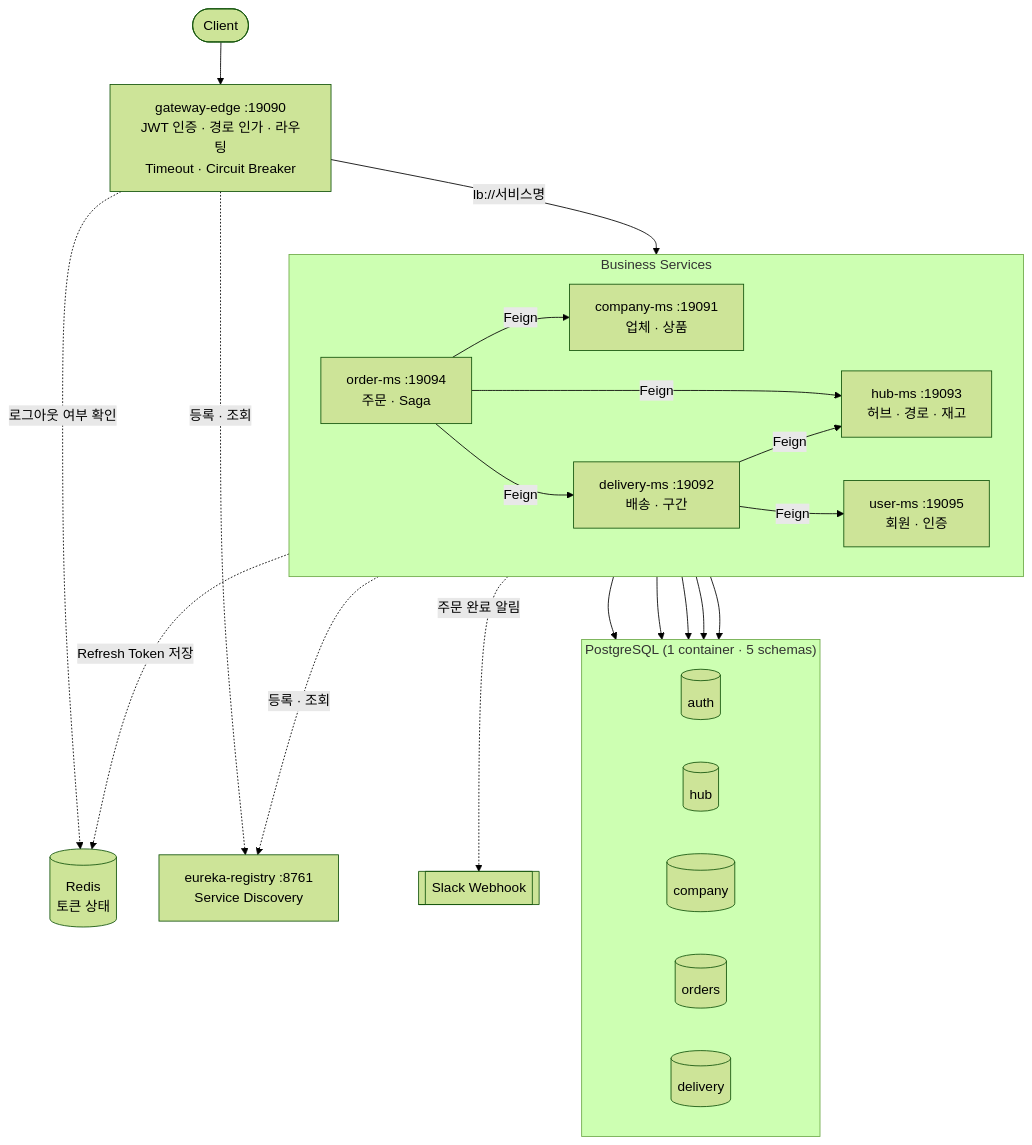
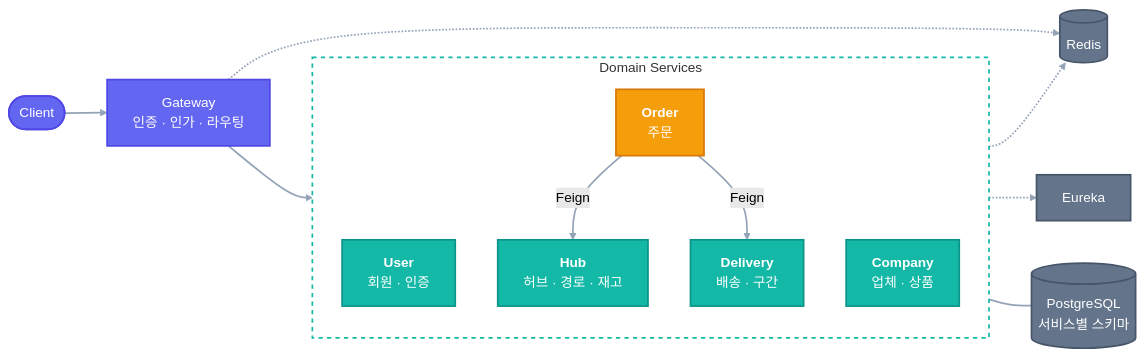
One commit to 01Commit10/sparta-logistics changed the first of 4 diagrams in README.md. Above: the diagram before and after it, drawn with Mermaid (forest theme). The commit also changed other lines of this file, not shown here.

First line of the commit message:
[DOCS] README: 제출용으로 전면 정리 (목적·역할·구성·실행·ERD·API)

````diff
--- a/README.md
+++ b/README.md
@@ -65,44 +71,35 @@
 ```mermaid
-flowchart TB
+flowchart LR
     client([Client])
-    slack[[Slack Webhook]]
+    gateway["Gateway<br/>인증 · 인가 · 라우팅"]
 
-    gateway["gateway-edge :19090<br/>JWT 인증 · 경로 인가 · 라우팅<br/>Timeout · Circuit Breaker"]
-    eureka["eureka-registry :8761<br/>Service Discovery"]
-    redis[("Redis<br/>토큰 상태")]
-
-    subgraph services["Business Services"]
-        direction LR
-        user["user-ms :19095<br/>회원 · 인증"]
-        hub["hub-ms :19093<br/>허브 · 경로 · 재고"]
-        company["company-ms :19091<br/>업체 · 상품"]
-        order["order-ms :19094<br/>주문 · Saga"]
-        delivery["delivery-ms :19092<br/>배송 · 구간"]
+    subgraph services["Domain Services"]
+        direction TB
+        user["<b>User</b><br/>회원 · 인증"]
+        company["<b>Company</b><br/>업체 · 상품"]
+        hub["<b>Hub</b><br/>허브 · 경로 · 재고"]
+        order["<b>Order</b><br/>주문"]
+        delivery["<b>Delivery</b><br/>배송 · 구간"]
     end
 
-    subgraph db["PostgreSQL (1 container · 5 schemas)"]
-        direction LR
-        s_auth[(auth)]
-        s_hub[(hub)]
-        s_company[(company)]
-        s_orders[(orders)]
-        s_delivery[(delivery)]
-    end
+    eureka["Eureka"]
+    redis[("Redis")]
+    db[("PostgreSQL<br/>서비스별 스키마")]
 
-    client --> gateway
-    gateway -- "lb://서비스명" --> services
-    gateway -. "로그아웃 여부 확인" .-> redis
-    user -. "Refresh Token 저장" .-> redis
-    gateway & services -. "등록 · 조회" .-> eureka
+    client --> gateway --> services
+    order -- Feign --> hub & delivery
+    services -.-> eureka
+    services --- db
+    gateway & services -.-> redis
 
-    order -- "Feign" --> company & hub & delivery
-    delivery -- "Feign" --> hub & user
-
-    user --> s_auth
-    hub --> s_hub
-    company --> s_company
-    order --> s_orders
-    delivery --> s_delivery
-
-    order -. "주문 완료 알림" .-> slack
+    classDef edge fill:#6366F1,stroke:#4F46E5,stroke-width:2px,color:#fff
+    classDef svc fill:#14B8A6,stroke:#0D9488,stroke-width:2px,color:#fff
+    classDef core fill:#F59E0B,stroke:#D97706,stroke-width:2px,color:#fff
+    classDef infra fill:#64748B,stroke:#475569,stroke-width:2px,color:#fff
+    class client,gateway edge
+    class user,company,hub,delivery svc
+    class order core
+    class eureka,redis,db infra
+    style services fill:transparent,stroke:#14B8A6,stroke-width:2px,stroke-dasharray:5 5
+    linkStyle default stroke:#94A3B8,stroke-width:2px
 ```
````
